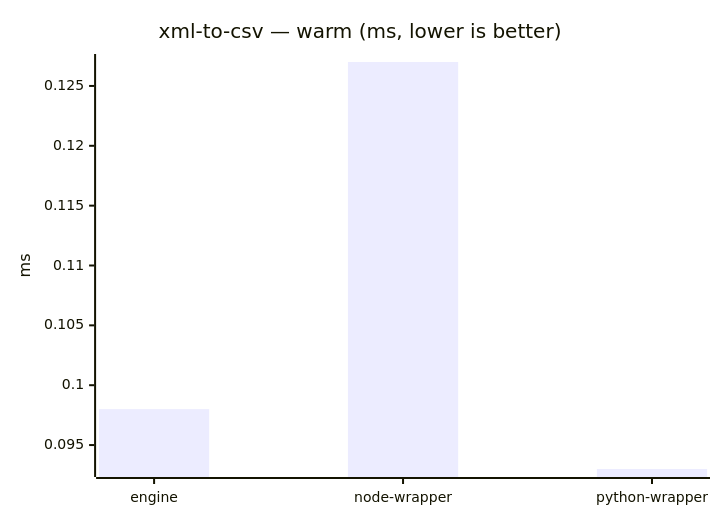
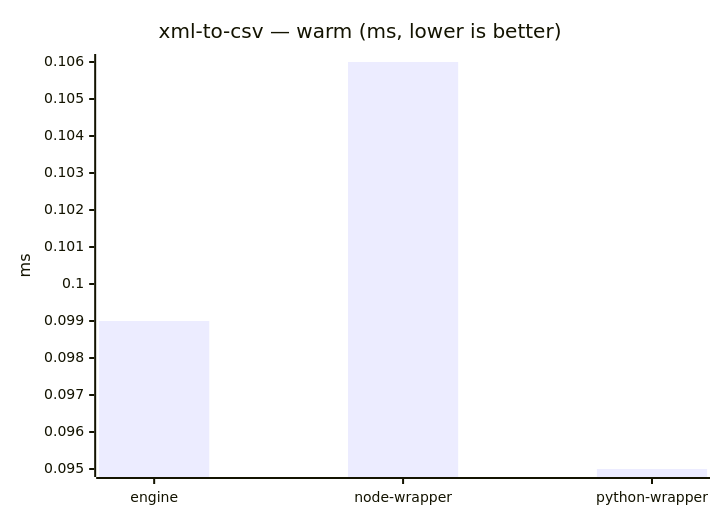
The tenth of 23 diagrams in benchmarks/report/RESULTS.md (mulesoft/data-weave-cli), drawn with Mermaid before and after one commit. The commit also changed other lines of this file, not shown here.

````diff
--- a/benchmarks/report/RESULTS.md
+++ b/benchmarks/report/RESULTS.md
@@ -126,7 +124,7 @@
 ```mermaid
 xychart-beta
     title "xml-to-csv — warm (ms, lower is better)"
     x-axis ["engine", "node-wrapper", "python-wrapper"]
     y-axis "ms"
-    bar [0.098, 0.127, 0.093]
+    bar [0.099, 0.106, 0.095]
 ```
````
